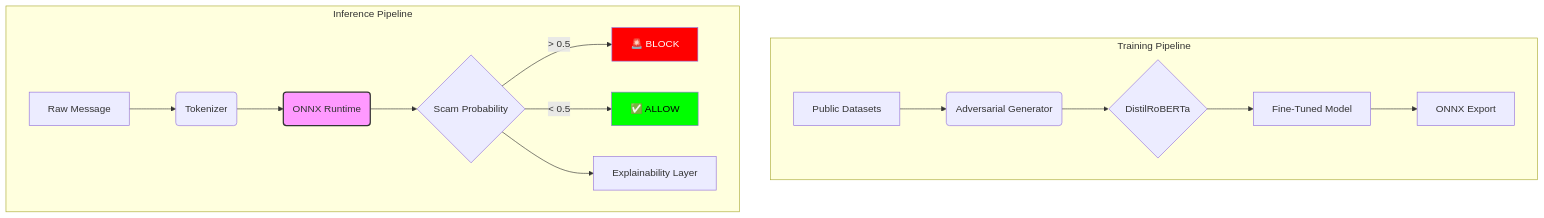
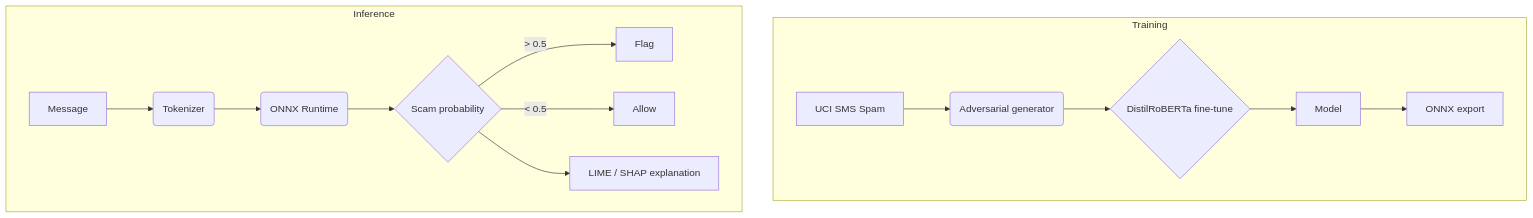
One commit to Famulkalam/ScamDefy-robust-llm-framework changed the diagram in README.md. Above: the diagram before and after it, drawn with Mermaid. The commit also changed other lines of this file and 5 other files, not shown here.

````diff
--- a/README.md
+++ b/README.md
@@ -52,22 +107,18 @@
 ```mermaid
 graph TD
-    subgraph Training Pipeline
-        A[Public Datasets] --> B(Adversarial Generator);
-        B --> C{DistilRoBERTa};
-        C --> D[Fine-Tuned Model];
-        D --> E[ONNX Export];
+    subgraph Training
+        A[UCI SMS Spam] --> B(Adversarial generator)
+        B --> C{DistilRoBERTa fine-tune}
+        C --> D[Model]
+        D --> E[ONNX export]
     end
 
-    subgraph Inference Pipeline
-        F[Raw Message] --> G(Tokenizer);
-        G --> H(ONNX Runtime);
-        H --> I{Scam Probability};
-        I -- > 0.5 --> J[🚨 BLOCK];
-        I -- < 0.5 --> K[✅ ALLOW];
-        I --> L[Explainability Layer];
+    subgraph Inference
+        F[Message] --> G(Tokenizer)
+        G --> H(ONNX Runtime)
+        H --> I{Scam probability}
+        I -- "> 0.5" --> J[Flag]
+        I -- "< 0.5" --> K[Allow]
+        I --> L[LIME / SHAP explanation]
     end
-    
-    style H fill:#f9f,stroke:#333,stroke-width:2px
-    style J fill:#f00,color:#fff
-    style K fill:#0f0,color:#000
 ```
````
